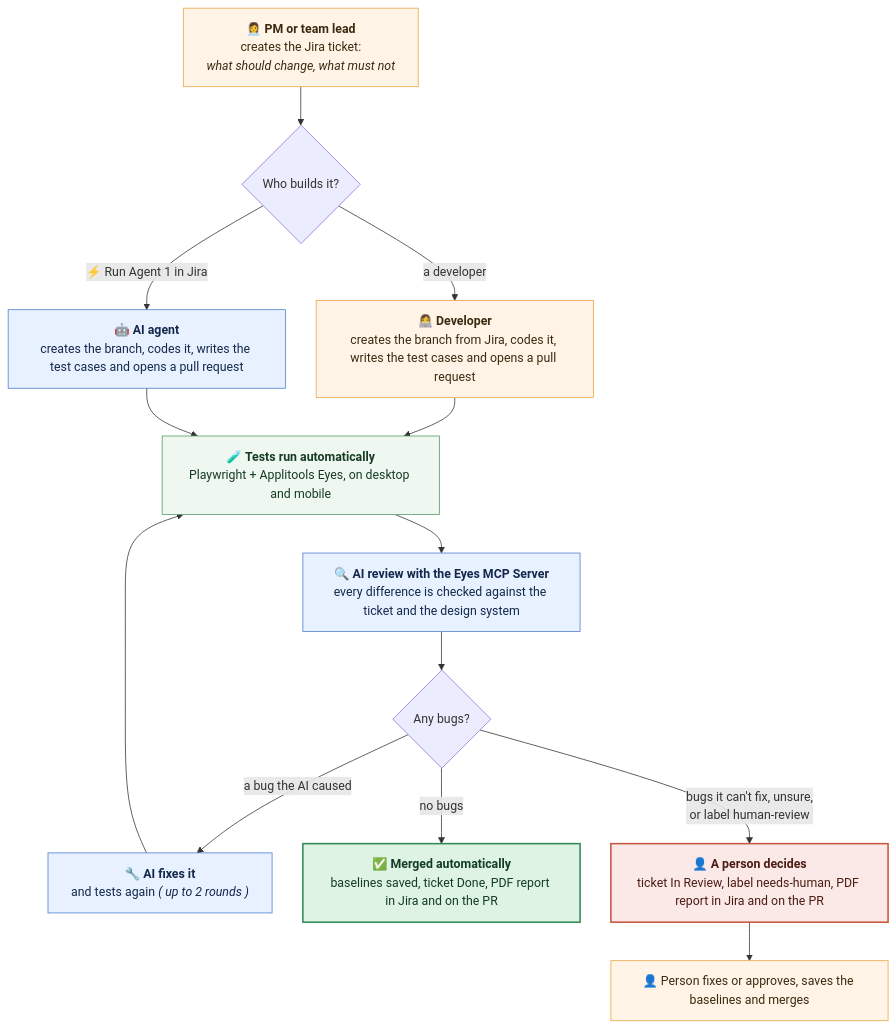
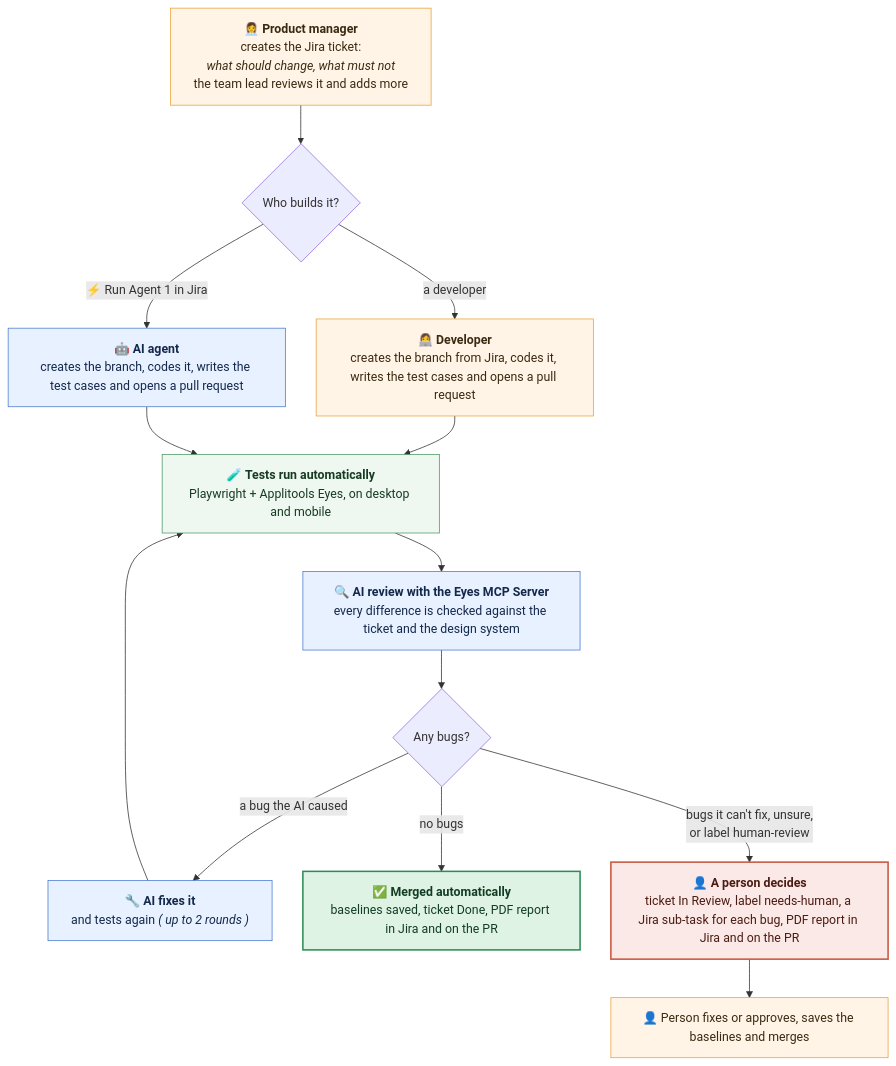
The diagram in docs/images/user-flow.mmd (ssharma007-dev/wikipedia-visual-ci), drawn with Mermaid before and after one commit. The commit also changed 3 other files, not shown here.

Commit message:
README: 'How it works' in eight steps; diagram shows the team lead review and Jira sub-tasks

```diff
--- a/docs/images/user-flow.mmd
+++ b/docs/images/user-flow.mmd
@@ -1,30 +1,30 @@
 %%{init: {"flowchart": {"wrappingWidth": 300, "nodeSpacing": 40, "rankSpacing": 50}}}%%
 flowchart TD
-    A["👩‍💼 <b>PM or team lead</b><br/>creates the Jira ticket:<br/><i>what should change, what must not</i>"] --> B{"Who builds it?"}
+    A["👩‍💼 <b>Product manager</b><br/>creates the Jira ticket:<br/><i>what should change, what must not</i><br/>the team lead reviews it and adds more"] --> B{"Who builds it?"}
 
     B -->|"a developer"| C["👩‍💻 <b>Developer</b><br/>creates the branch from Jira, codes it, writes the test cases and opens a pull request"]
     B -->|"⚡ Run Agent 1 in Jira"| D["🤖 <b>AI agent</b><br/>creates the branch, codes it, writes the test cases and opens a pull request"]
 
     C --> E["🧪 <b>Tests run automatically</b><br/>Playwright + Applitools Eyes, on desktop and mobile"]
     D --> E
 
     E --> F["🔍 <b>AI review with the Eyes MCP Server</b><br/>every difference is checked against the ticket and the design system"]
 
     F --> G{"Any bugs?"}
     G -->|"a bug the AI caused"| H["🔧 <b>AI fixes it</b><br/>and tests again <i>( up to 2 rounds )</i>"]
     H --> E
 
     G -->|"no bugs"| I["✅ <b>Merged automatically</b><br/>baselines saved, ticket Done, PDF report in Jira and on the PR"]
-    G -->|"bugs it can't fix, unsure,<br/>or label human-review"| J["👤 <b>A person decides</b><br/>ticket In Review, label needs-human, PDF report in Jira and on the PR"]
+    G -->|"bugs it can't fix, unsure,<br/>or label human-review"| J["👤 <b>A person decides</b><br/>ticket In Review, label needs-human, a Jira sub-task for each bug, PDF report in Jira and on the PR"]
     J --> K["👤 Person fixes or approves, saves the baselines and merges"]
 
     classDef person fill:#FFF4E5,stroke:#E8A33D,color:#3B2A12
     classDef ai fill:#E8F1FF,stroke:#4A7BD0,color:#14284B
     classDef auto fill:#EEF7F0,stroke:#4E9A64,color:#173B22
     classDef good fill:#DFF3E4,stroke:#2E8B57,color:#123D24,stroke-width:2px
     classDef decide fill:#FBE9E7,stroke:#C8553D,color:#4A1C12,stroke-width:2px
     class A,C,K person
     class D,F,H ai
     class E auto
     class I good
     class J decide
```
